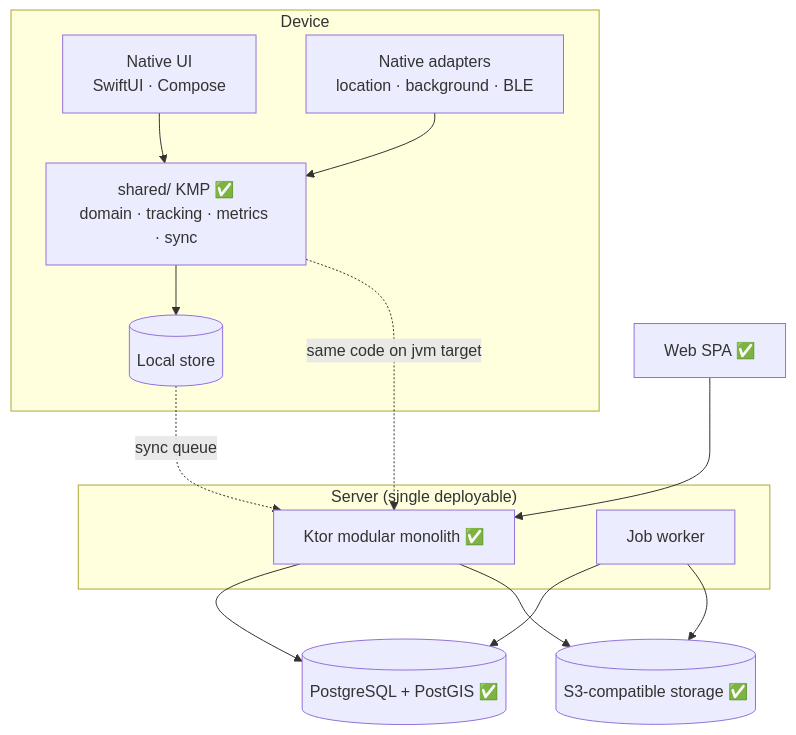
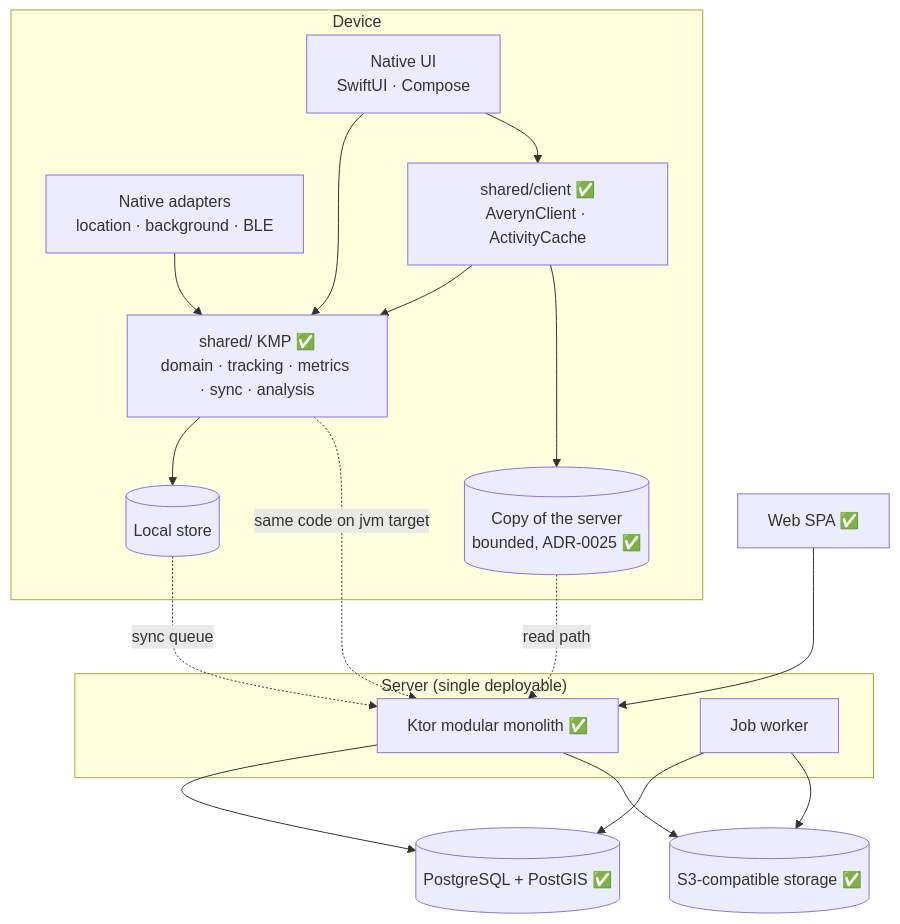
Before and after one commit to AlessioBrillo/averyn: the second of 2 diagrams in docs/architecture/overview.md, drawn with Mermaid. The commit also changed other lines of this file and 63 other files, not shown here.

First line of the commit message:
feat(mobile): read path dal server, cache offline e summary locale (TDD-0011)

````diff
--- a/docs/architecture/overview.md
+++ b/docs/architecture/overview.md
@@ -34,20 +34,24 @@
 ```mermaid
 flowchart TB
   subgraph device["Device"]
-    ui[Native UI<br/>SwiftUI · Compose] --> sh[shared/ KMP ✅<br/>domain · tracking · metrics · sync]
+    ui[Native UI<br/>SwiftUI · Compose] --> sh[shared/ KMP ✅<br/>domain · tracking · metrics · sync · analysis]
     nat[Native adapters<br/>location · background · BLE] --> sh
     sh --> local[(Local store)]
+    cli[shared/client ✅<br/>AverynClient · ActivityCache] --> sh
+    cli --> cache[(Copy of the server<br/>bounded, ADR-0025 ✅)]
+    ui --> cli
   end
   subgraph server["Server (single deployable)"]
     ktor[Ktor modular monolith ✅]
     jobs[Job worker]
   end
   pg[(PostgreSQL + PostGIS ✅)]
   s3[(S3-compatible storage ✅)]
   spa[Web SPA ✅]
   local -.sync queue.-> ktor
   spa --> ktor
   ktor --> pg & s3
   jobs --> pg & s3
   sh -. same code on jvm target .-> ktor
+  cache -. read path .-> ktor
 ```
````
